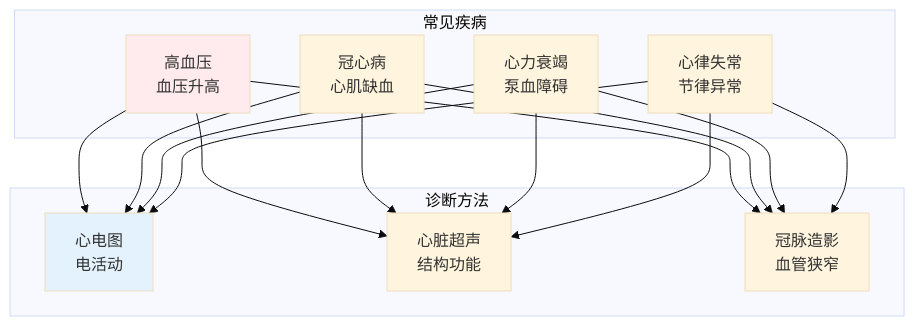
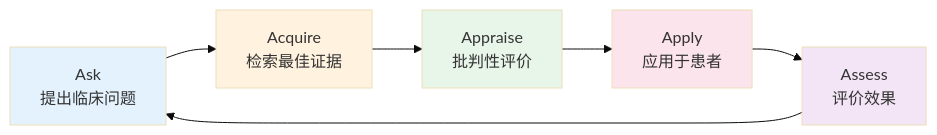
The third of 4 diagrams in content/health/clinical-medicine/index.md (wxyClark/wxyClark.github.io), drawn with Mermaid (base theme) before and after one commit. The commit also changed other lines of this file and 11 other files, not shown here.

````diff
--- a/content/health/clinical-medicine/index.md
+++ b/content/health/clinical-medicine/index.md
@@ -91,19 +168,14 @@
 ```mermaid
-graph TB
-    subgraph 常见疾病
-        D1[高血压<br/>血压升高]
-        D2[冠心病<br/>心肌缺血]
-        D3[心力衰竭<br/>泵血障碍]
-        D4[心律失常<br/>节律异常]
-    end    
-    subgraph 诊断方法
-        M1[心电图<br/>电活动]
-        M2[心脏超声<br/>结构功能]
-        M3[冠脉造影<br/>血管狭窄]
-    end
+flowchart LR
+    A[Ask<br/>提出临床问题] --> B[Acquire<br/>检索最佳证据]
+    B --> C[Appraise<br/>批判性评价]
+    C --> D[Apply<br/>应用于患者]
+    D --> E[Assess<br/>评价效果]
+    E --> A
     
-    D1 & D2 & D3 & D4 --> M1 & M2 & M3
-    
-    style D1 fill:#ffebee
-    style M1 fill:#e3f2fd
+    style A fill:#e3f2fd
+    style B fill:#fff3e0
+    style C fill:#e8f5e9
+    style D fill:#fce4ec
+    style E fill:#f3e5f5
 ```
````
